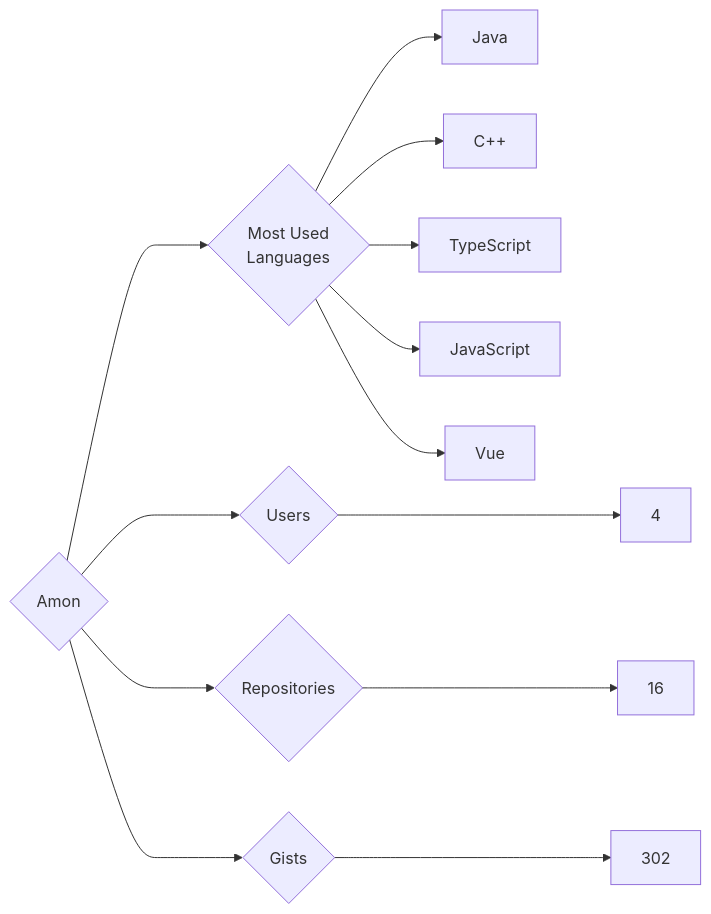
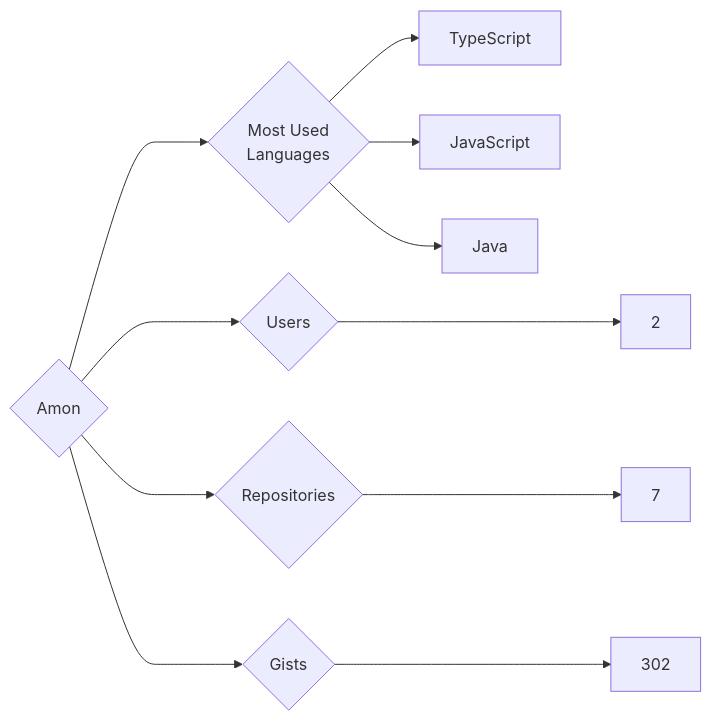
One commit to trickest/insiders changed the diagram in targets/Amon/README.md. Above: the diagram before and after it, drawn with Mermaid. The commit also changed 1003 other files, not shown here.

````diff
--- a/targets/Amon/README.md
+++ b/targets/Amon/README.md
@@ -3,13 +3,11 @@
 ```mermaid
 graph LR
 COMPANY_NAME{Amon}
-COMPANY_NAME ---> U{Users} ---> UN[4]
-COMPANY_NAME ---> R{Repositories} ---> RN[16]
+COMPANY_NAME ---> U{Users} ---> UN[2]
+COMPANY_NAME ---> R{Repositories} ---> RN[7]
 COMPANY_NAME ---> G{Gists} ---> GN[302]
 COMPANY_NAME ---> ML{Most Used<br>Languages}
-ML --> Java[Java]
-ML --> C++[C++]
 ML --> TypeScript[TypeScript]
 ML --> JavaScript[JavaScript]
-ML --> Vue[Vue]
+ML --> Java[Java]
 ```
````
